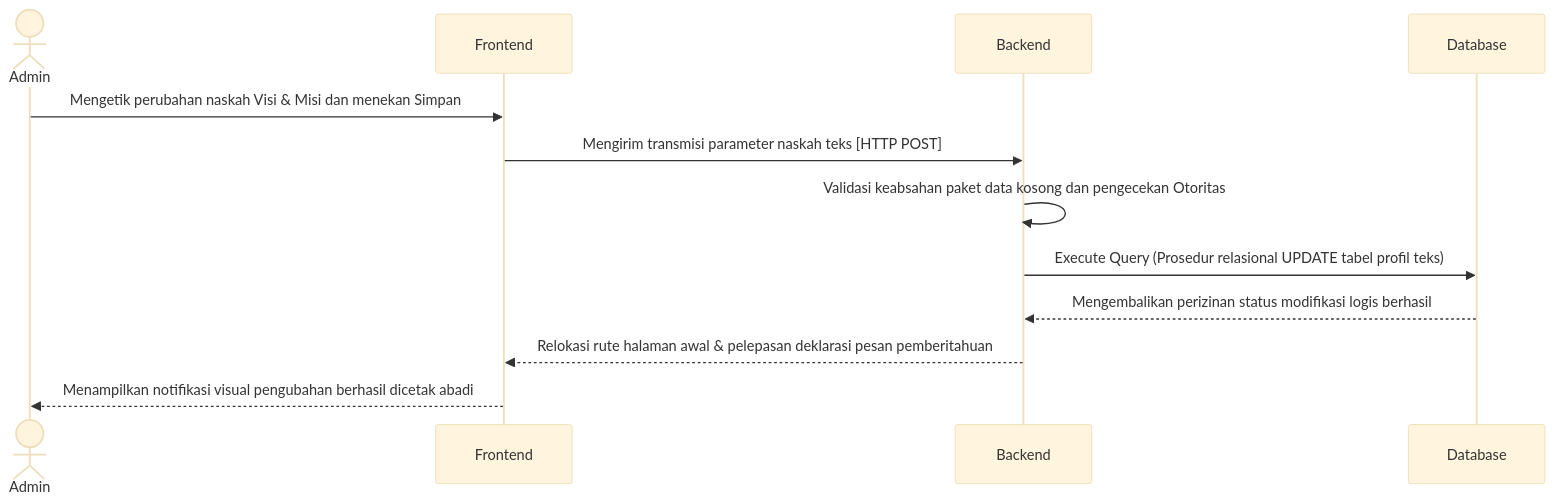
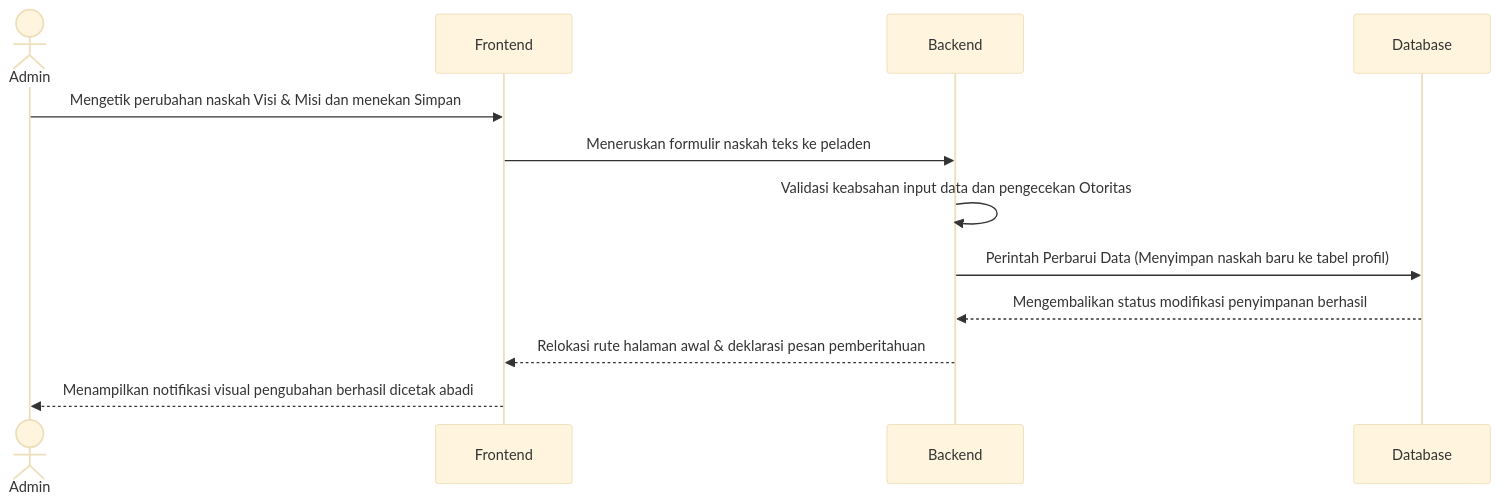
The first of 4 diagrams in docs/02_DIAGRAM_URUTAN_SEQUENCE.md (arbain-dev/Web_fikom), drawn with Mermaid (base theme) before and after one commit. The commit also changed other lines of this file, not shown here.

Commit message:
docs: menyederhanakan bahasa teknis tingkat tinggi (HTTP POST/Execute Query) pada Diagram Sequence

````diff
--- a/docs/02_DIAGRAM_URUTAN_SEQUENCE.md
+++ b/docs/02_DIAGRAM_URUTAN_SEQUENCE.md
@@ -9,15 +9,15 @@
 ```mermaid
 sequenceDiagram
     actor Admin
     participant Frontend as Frontend
     participant Backend as Backend
     participant Database as Database
     
     Admin->>Frontend: Mengetik perubahan naskah Visi & Misi dan menekan Simpan
-    Frontend->>Backend: Mengirim transmisi parameter naskah teks [HTTP POST]
-    Backend->>Backend: Validasi keabsahan paket data kosong dan pengecekan Otoritas
-    Backend->>Database: Execute Query (Prosedur relasional UPDATE tabel profil teks)
-    Database-->>Backend: Mengembalikan perizinan status modifikasi logis berhasil
-    Backend-->>Frontend: Relokasi rute halaman awal & pelepasan deklarasi pesan pemberitahuan
+    Frontend->>Backend: Meneruskan formulir naskah teks ke peladen
+    Backend->>Backend: Validasi keabsahan input data dan pengecekan Otoritas
+    Backend->>Database: Perintah Perbarui Data (Menyimpan naskah baru ke tabel profil)
+    Database-->>Backend: Mengembalikan status modifikasi penyimpanan berhasil
+    Backend-->>Frontend: Relokasi rute halaman awal & deklarasi pesan pemberitahuan
     Frontend-->>Admin: Menampilkan notifikasi visual pengubahan berhasil dicetak abadi
 ```
````
